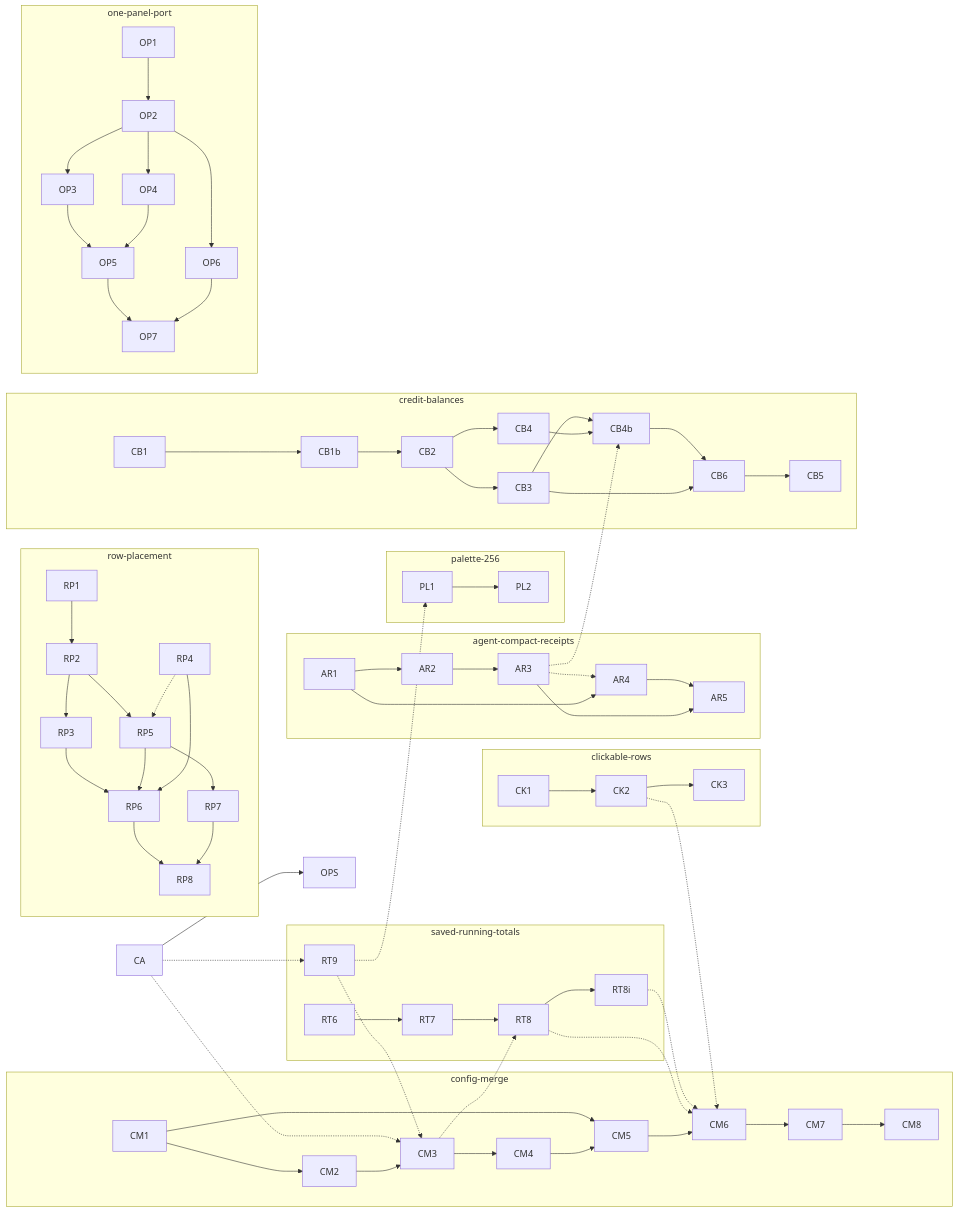
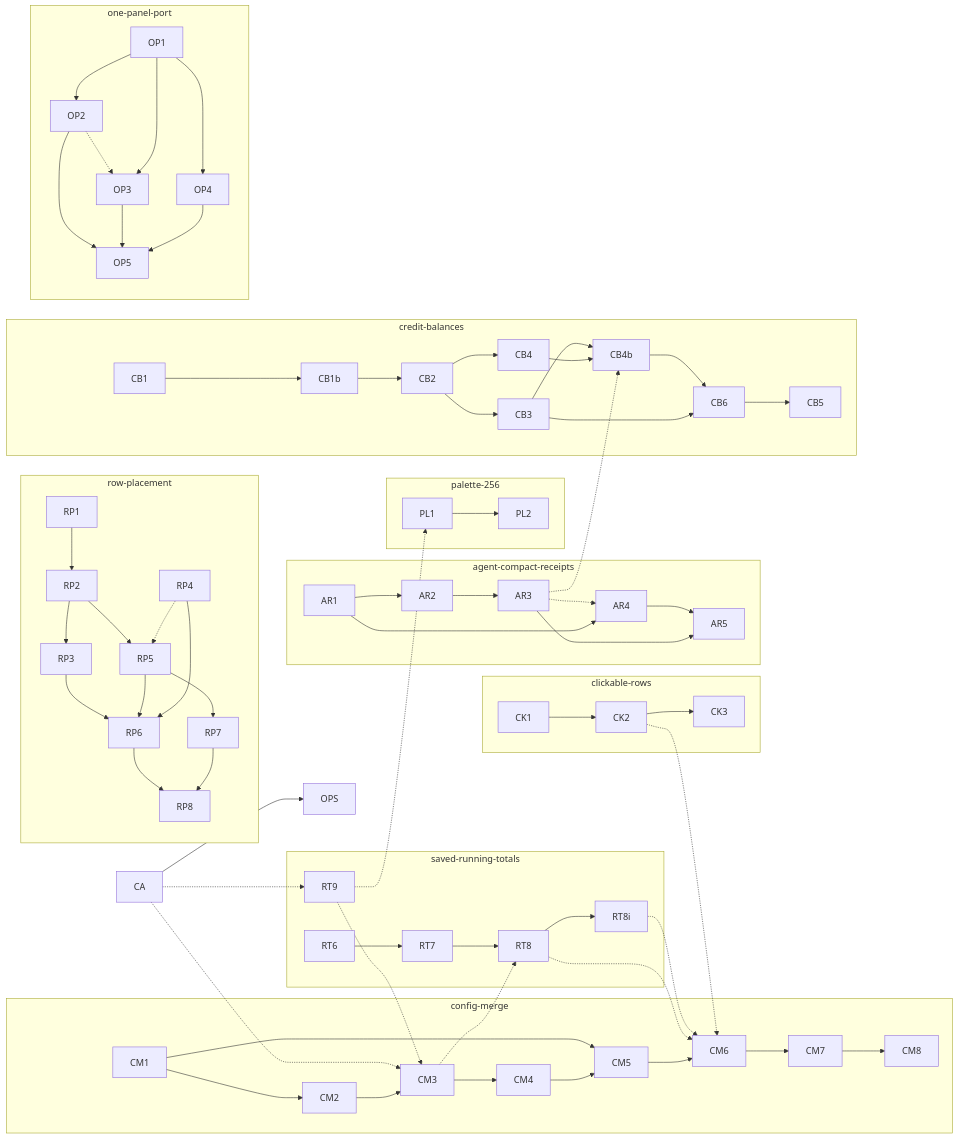
One commit to nhooey/claude-code-usage-statusline changed the diagram in agents/plans/_schedule.md. Above: the diagram before and after it, drawn with Mermaid. The commit also changed other lines of this file and 1 other file, not shown here.

````diff
--- a/agents/plans/_schedule.md
+++ b/agents/plans/_schedule.md
@@ -100,51 +98,52 @@
 ```mermaid
 flowchart LR
   subgraph config-merge
     CM1 --> CM2 --> CM3 --> CM4 --> CM5 --> CM6 --> CM7 --> CM8
     CM1 --> CM5
   end
   subgraph saved-running-totals
     RT6 --> RT7 --> RT8 --> RT8i
     RT9
   end
   CA -.-> CM3
   CA -.-> RT9
   RT9 -.-> CM3
   CM3 -.-> RT8
   RT8 -.-> CM6
   RT8i -.-> CM6
   CA --> OPS
   subgraph clickable-rows
     CK1 --> CK2 --> CK3
   end
   subgraph palette-256
     PL1 --> PL2
   end
   CK2 -.-> CM6
   RT9 -.-> PL1
   subgraph row-placement
     RP1 --> RP2 --> RP3 --> RP6
     RP2 --> RP5 --> RP6
     RP4 --> RP6
     RP5 --> RP7
     RP6 --> RP8
     RP7 --> RP8
   end
   subgraph agent-compact-receipts
     AR1 --> AR2 --> AR3 --> AR5
     AR1 --> AR4 --> AR5
   end
   subgraph credit-balances
     CB1 --> CB1b --> CB2 --> CB3 --> CB6 --> CB5
     CB2 --> CB4 --> CB4b --> CB6
     CB3 --> CB4b
   end
   AR3 -.-> AR4
   AR3 -.-> CB4b
   RP4 -.-> RP5
   subgraph one-panel-port
-    OP1 --> OP2 --> OP3 --> OP5 --> OP7
-    OP2 --> OP4 --> OP5
-    OP2 --> OP6 --> OP7
+    OP1 --> OP2 --> OP5
+    OP1 --> OP3 --> OP5
+    OP1 --> OP4 --> OP5
+    OP2 -.-> OP3
   end
 ```
````
